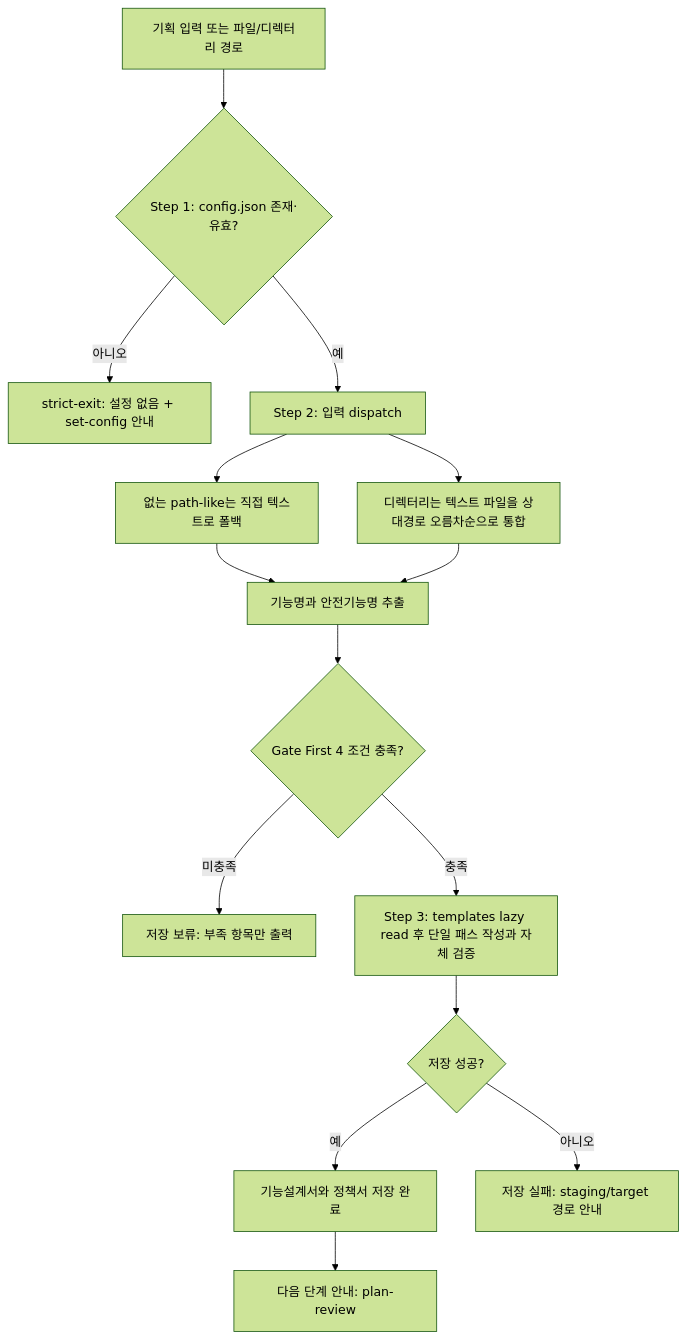
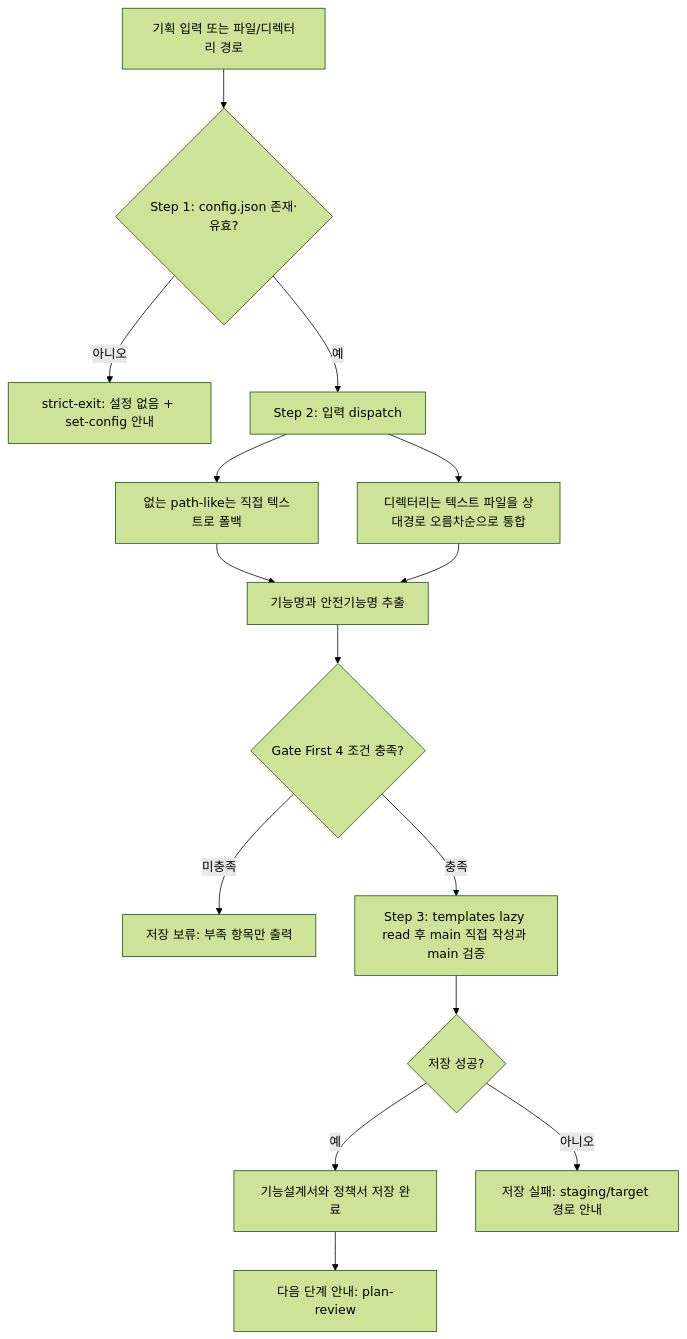
Before and after one commit to inkwonjung-colosseum/plugins: the third of 5 diagrams in product-team-kit/docs/skills-workflow.md, drawn with Mermaid (forest theme). The commit also changed other lines of this file and 19 other files, not shown here.

````diff
--- a/product-team-kit/docs/skills-workflow.md
+++ b/product-team-kit/docs/skills-workflow.md
@@ -107,17 +137,17 @@
 ```mermaid
 flowchart TD
     A[기획 입력 또는 파일/디렉터리 경로] --> S1{Step 1: config.json 존재·유효?}
     S1 -- 아니오 --> S1X[strict-exit: 설정 없음 + set-config 안내]
     S1 -- 예 --> B[Step 2: 입력 dispatch]
     B --> B1[없는 path-like는 직접 텍스트로 폴백]
     B --> B2[디렉터리는 텍스트 파일을 상대경로 오름차순으로 통합]
     B1 --> C[기능명과 안전기능명 추출]
     B2 --> C
     C --> D{Gate First 4 조건 충족?}
     D -- 미충족 --> E[저장 보류: 부족 항목만 출력]
-    D -- 충족 --> H[Step 3: templates lazy read 후 단일 패스 작성과 자체 검증]
+    D -- 충족 --> H[Step 3: templates lazy read 후 main 직접 작성과 main 검증]
     H --> N{저장 성공?}
     N -- 예 --> O[기능설계서와 정책서 저장 완료]
     N -- 아니오 --> P[저장 실패: staging/target 경로 안내]
     O --> Q[다음 단계 안내: plan-review]
 ```
````
